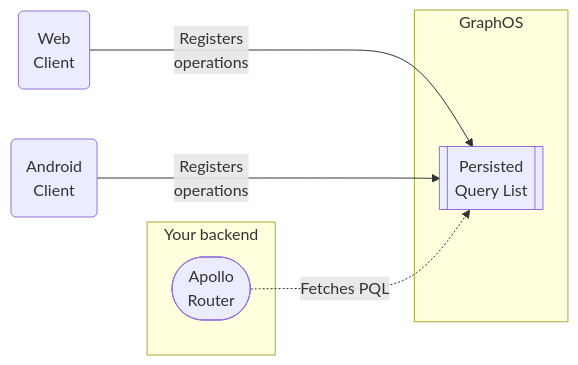
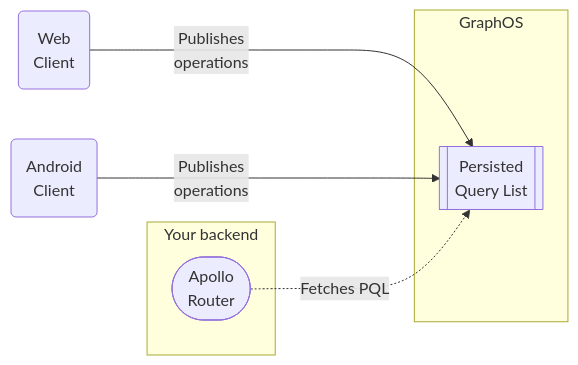
One commit to apollographql/docs changed the diagram in src/content/graphos/basics/routing/persisted-queries.mdx. Above: the diagram before and after it, drawn with Mermaid. The commit also changed other lines of this file and 5 other files, not shown here.

````diff
--- a/src/content/graphos/basics/routing/persisted-queries.mdx
+++ b/src/content/graphos/basics/routing/persisted-queries.mdx
@@ -16,18 +16,18 @@
 ```mermaid
 graph LR;
 
   webClient("Web<br/>Client");
   androidClient("Android<br/>Client");
 
 
   subgraph "GraphOS"
   pql[[Persisted<br/>Query List]];
   end
   
   subgraph "Your backend"
   router(["Apollo<br/>Router"]);
   end
 
-  webClient & androidClient --->|Registers<br/>operations|pql
+  webClient & androidClient --->|Publishes<br/>operations|pql
   router -.->|Fetches PQL|pql
 ```
````
